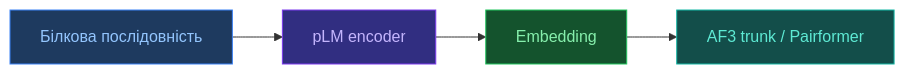
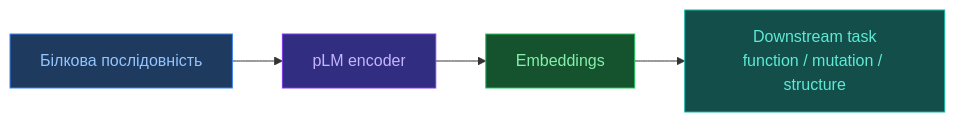
Before and after one commit to OlehVolkov/AlphaFold3-AIGen-KnowledgeBase: the second of 2 diagrams in UA/2. Концепції/2.2. Машинне-Навчання/2.2.3. Білкові мовні моделі.md, drawn with Mermaid. The commit also changed other lines of this file and 33 other files, not shown here.

````diff
--- a/UA/2. Концепції/2.2. Машинне-Навчання/2.2.3. Білкові мовні моделі.md
+++ b/UA/2. Концепції/2.2. Машинне-Навчання/2.2.3. Білкові мовні моделі.md
@@ -102,13 +243,13 @@
 ```mermaid
 flowchart LR
     SEQ["Білкова послідовність"]:::input --> PLM["pLM encoder"]:::trunk
-    PLM --> EMB["Embedding"]:::diffusion
-    EMB --> AF3["AF3 trunk / Pairformer"]:::output
+    PLM --> EMB["Embeddings"]:::diffusion
+    EMB --> DOWN["Downstream task<br/>function / mutation / structure"]:::output
 
     classDef input fill:#1e3a5f,stroke:#3b82f6,color:#93c5fd
     classDef trunk fill:#312e81,stroke:#7c3aed,color:#c4b5fd
     classDef diffusion fill:#14532d,stroke:#22c55e,color:#86efac
     classDef confidence fill:#7c2d12,stroke:#ea580c,color:#fdba74
     classDef output fill:#134e4a,stroke:#14b8a6,color:#5eead4
     classDef neutral fill:#1e293b,stroke:#475569,color:#94a3b8
 ```
````
